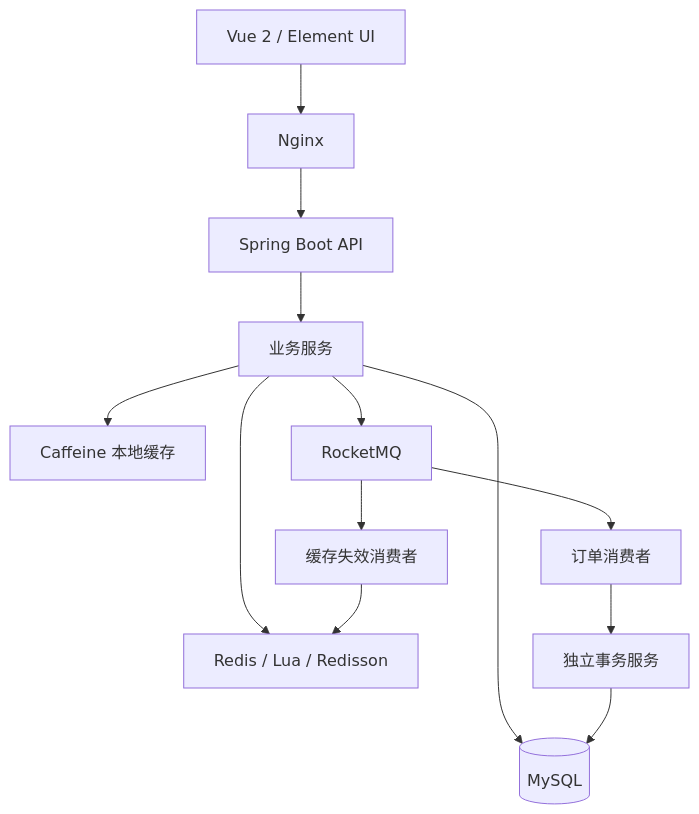
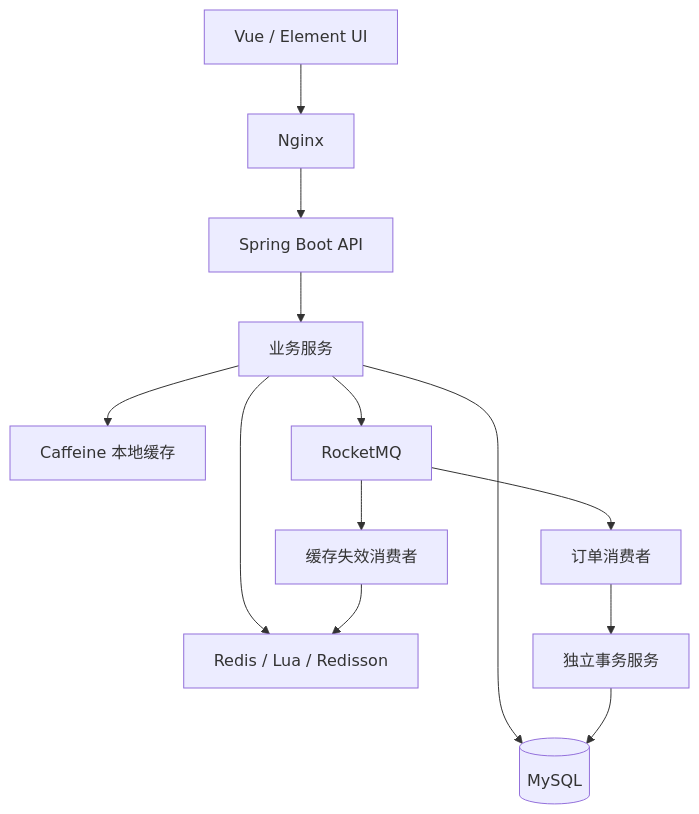
Before and after one commit to 08291130love-dot/wit_living: the diagram in README.md, drawn with Mermaid. The commit also changed other lines of this file, not shown here.

````diff
--- a/README.md
+++ b/README.md
@@ -75,15 +74,15 @@
 ```mermaid
 flowchart TD
-    UI[Vue 2 / Element UI] --> N[Nginx]
+    UI[Vue / Element UI] --> N[Nginx]
     N --> API[Spring Boot API]
     API --> B[业务服务]
     B --> C[Caffeine 本地缓存]
     B --> R[Redis / Lua / Redisson]
     B --> DB[(MySQL)]
     B --> MQ[RocketMQ]
     MQ --> O[订单消费者]
     O --> TX[独立事务服务]
     TX --> DB
     MQ --> E[缓存失效消费者]
     E --> R
 ```
````
